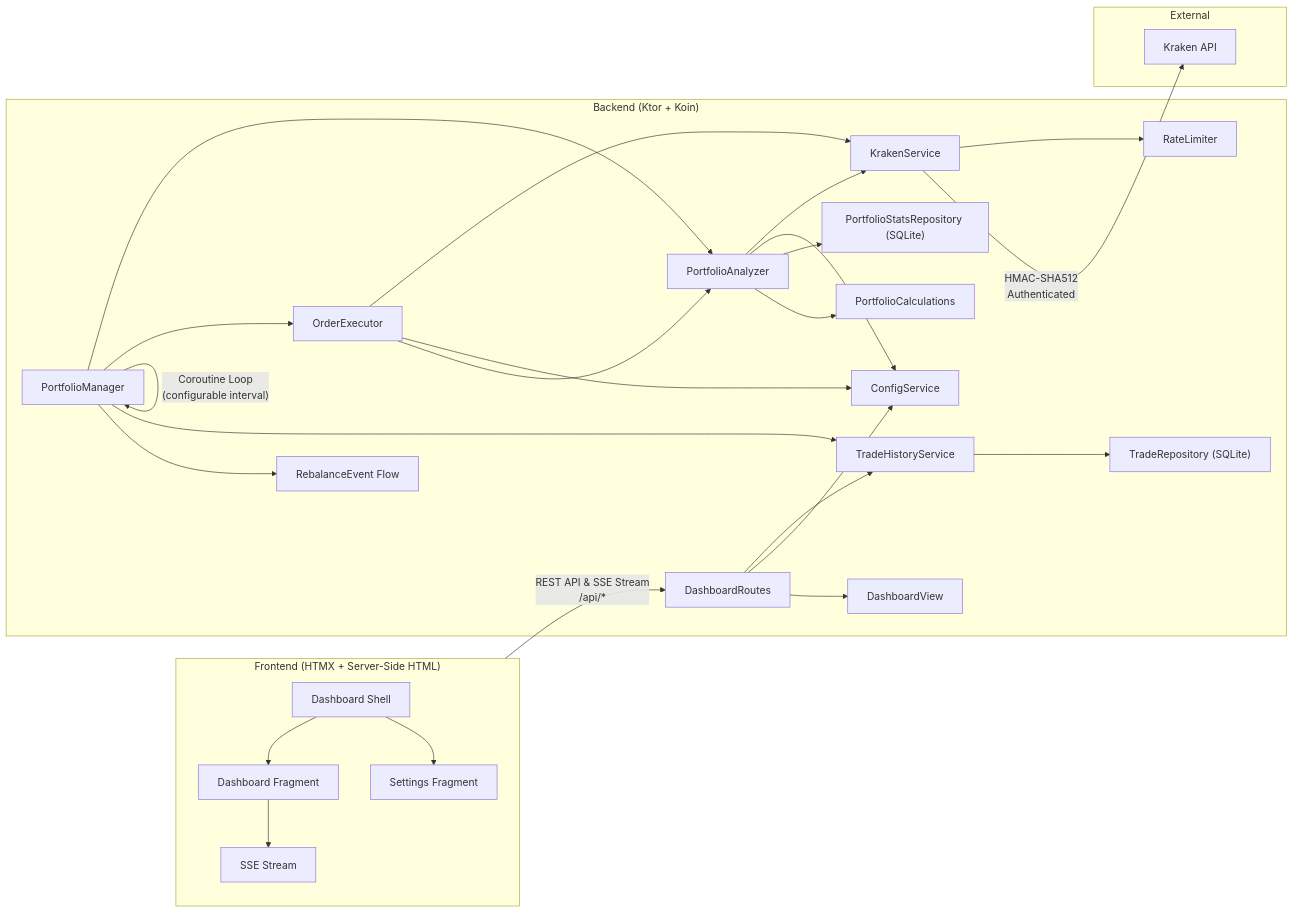
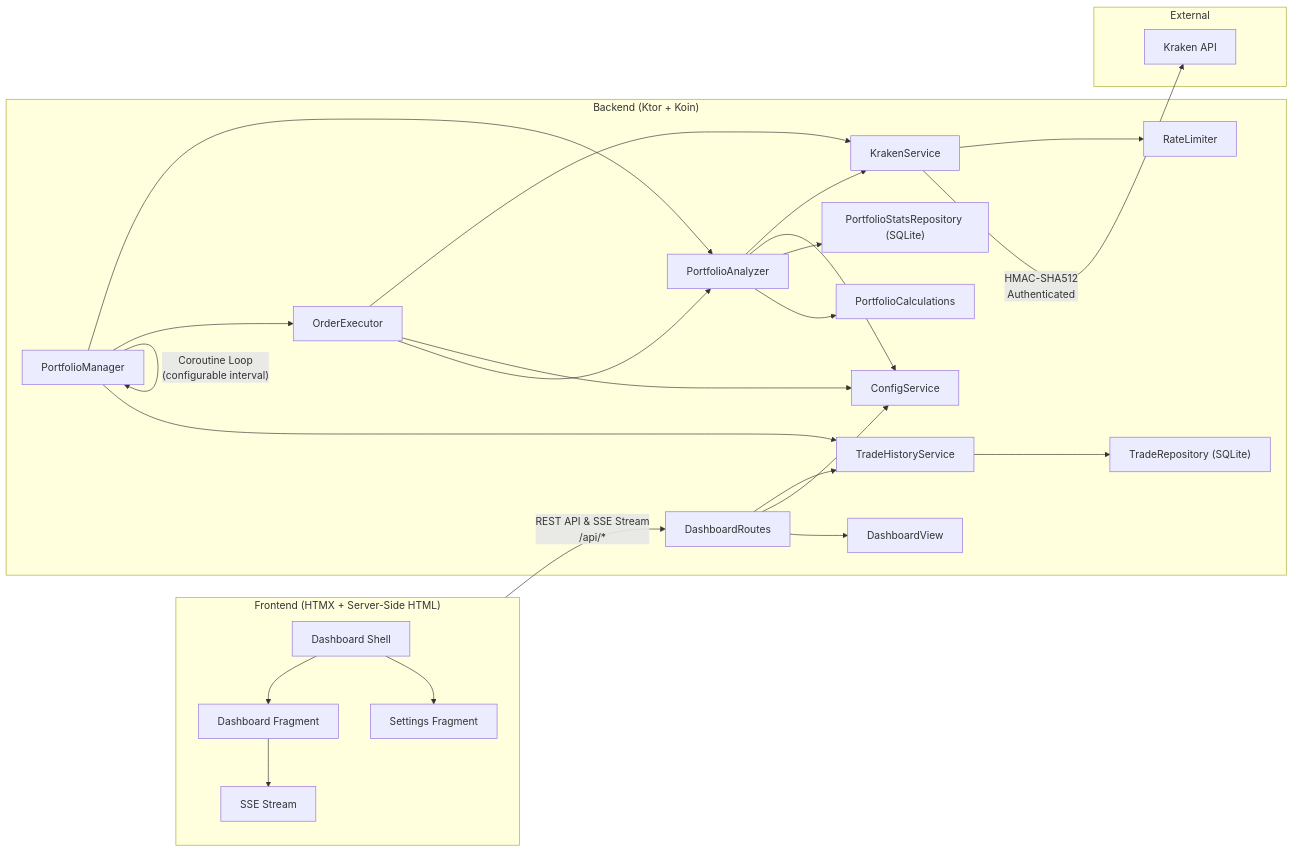
One commit to HyperVon/new-kraken-rebalancer changed the first of 2 diagrams in README.md. Above: the diagram before and after it, drawn with Mermaid. The commit also changed other lines of this file and 16 other files, not shown here.

Commit message:
Refactor PortfolioManager to use reactive config loop and remove unused event flows

````diff
--- a/README.md
+++ b/README.md
@@ -291,35 +280,35 @@
 ```mermaid
 graph LR
     subgraph Frontend["Frontend (HTMX + Server-Side HTML)"]
         D[Dashboard Shell] --> DF[Dashboard Fragment]
         D --> SF[Settings Fragment]
         DF --> SS[SSE Stream]
     end
 
     subgraph Backend["Backend (Ktor + Koin)"]
         DC[DashboardRoutes] --> THS[TradeHistoryService]
         DC --> CS[ConfigService]
         DC --> DV[DashboardView]
         PM[PortfolioManager] --> PA[PortfolioAnalyzer]
         PM --> OE[OrderExecutor]
         PM --> THS
-        PM --> RF["RebalanceEvent Flow"]
+
         PA --> KS[KrakenService]
         PA --> CS
         PA --> PSR["PortfolioStatsRepository (SQLite)"]
         PA --> PC[PortfolioCalculations]
         OE --> KS
         OE --> CS
         OE --> PA
         THS --> TR["TradeRepository (SQLite)"]
         KS --> RL[RateLimiter]
     end
 
     subgraph External
         KA[Kraken API]
     end
 
     Frontend -- "REST API & SSE Stream\n/api/*" --> DC
     PM -- "Coroutine Loop\n(configurable interval)" --> PM
     KS -- "HMAC-SHA512\nAuthenticated" --> KA
 ```
````
